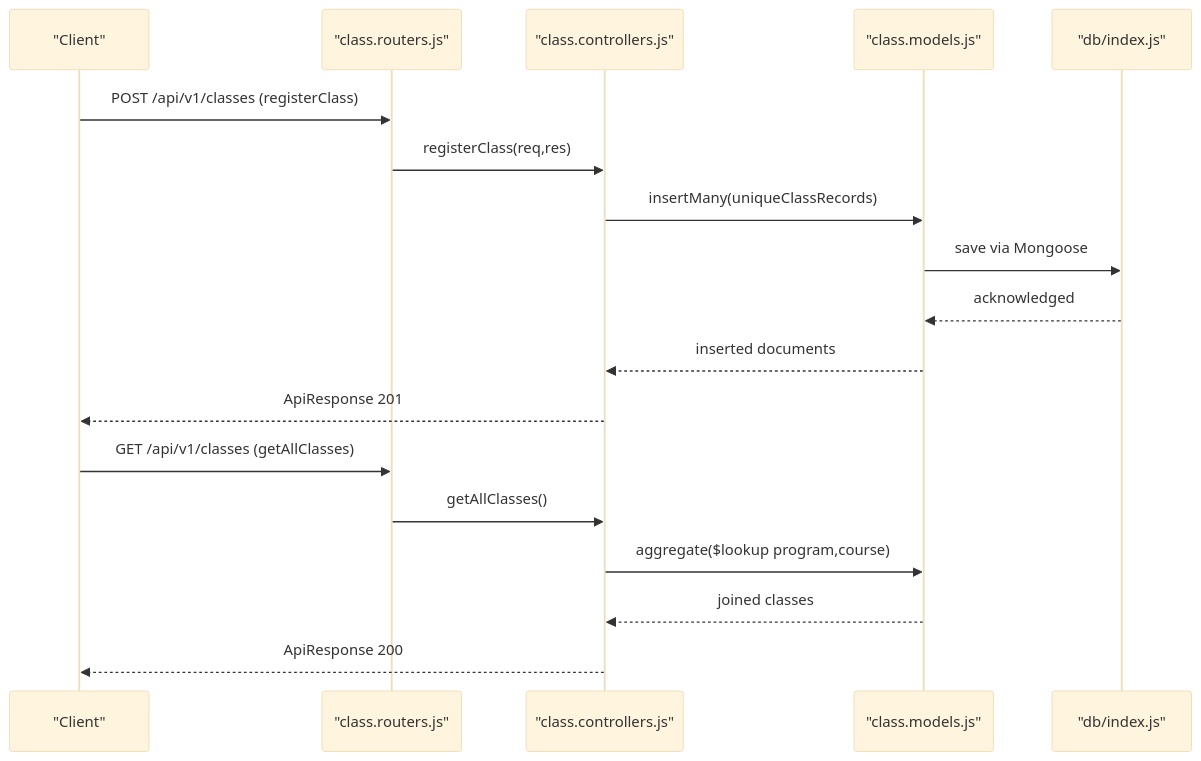
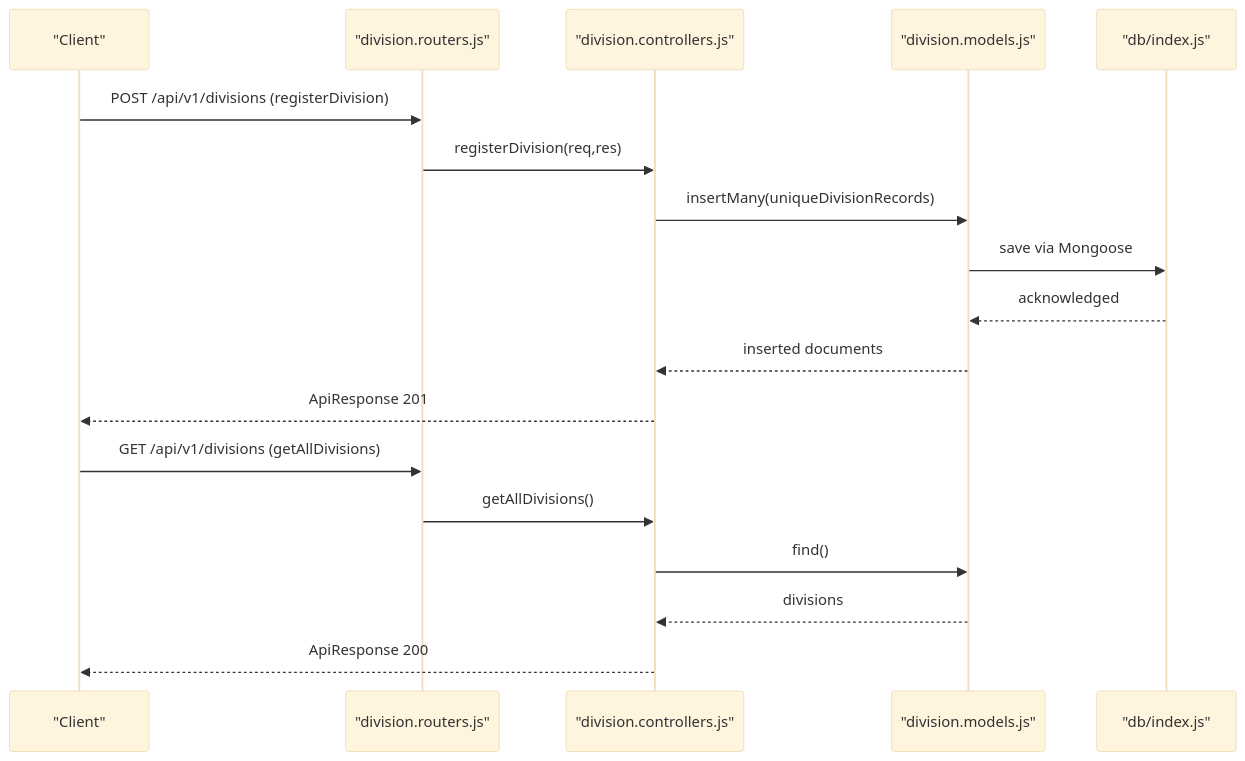
Before and after one commit to Aryan9060/Timetable-Project: the third of 10 diagrams in .qoder/repowiki/en/content/Timetable Generation System/Timetable Generation System.md, drawn with Mermaid (base theme). The commit also changed other lines of this file and 15 other files, not shown here.

First line of the commit message:
docs(api): replace class with division management endpoints

````diff
--- a/.qoder/repowiki/en/content/Timetable Generation System/Timetable Generation System.md
+++ b/.qoder/repowiki/en/content/Timetable Generation System/Timetable Generation System.md
@@ -187,20 +244,20 @@
 ```mermaid
 sequenceDiagram
 participant Client as "Client"
-participant Router as "class.routers.js"
-participant Ctrl as "class.controllers.js"
-participant Model as "class.models.js"
+participant Router as "division.routers.js"
+participant Ctrl as "division.controllers.js"
+participant Model as "division.models.js"
 participant DB as "db/index.js"
-Client->>Router : POST /api/v1/classes (registerClass)
-Router->>Ctrl : registerClass(req,res)
-Ctrl->>Model : insertMany(uniqueClassRecords)
+Client->>Router : POST /api/v1/divisions (registerDivision)
+Router->>Ctrl : registerDivision(req,res)
+Ctrl->>Model : insertMany(uniqueDivisionRecords)
 Model->>DB : save via Mongoose
 DB-->>Model : acknowledged
 Model-->>Ctrl : inserted documents
 Ctrl-->>Client : ApiResponse 201
-Client->>Router : GET /api/v1/classes (getAllClasses)
-Router->>Ctrl : getAllClasses()
-Ctrl->>Model : aggregate($lookup program,course)
-Model-->>Ctrl : joined classes
+Client->>Router : GET /api/v1/divisions (getAllDivisions)
+Router->>Ctrl : getAllDivisions()
+Ctrl->>Model : find()
+Model-->>Ctrl : divisions
 Ctrl-->>Client : ApiResponse 200
 ```
````
